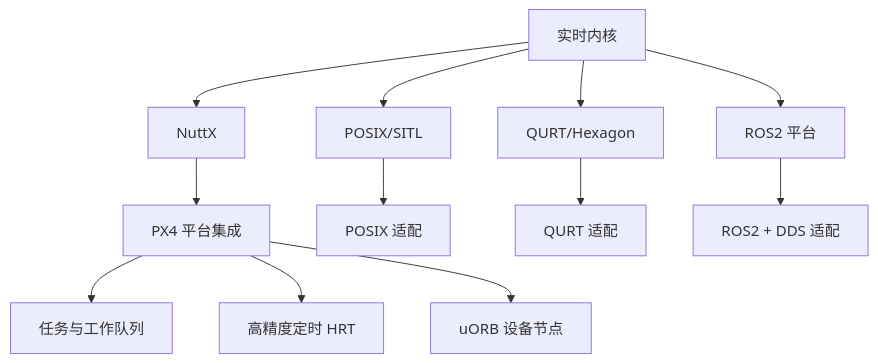
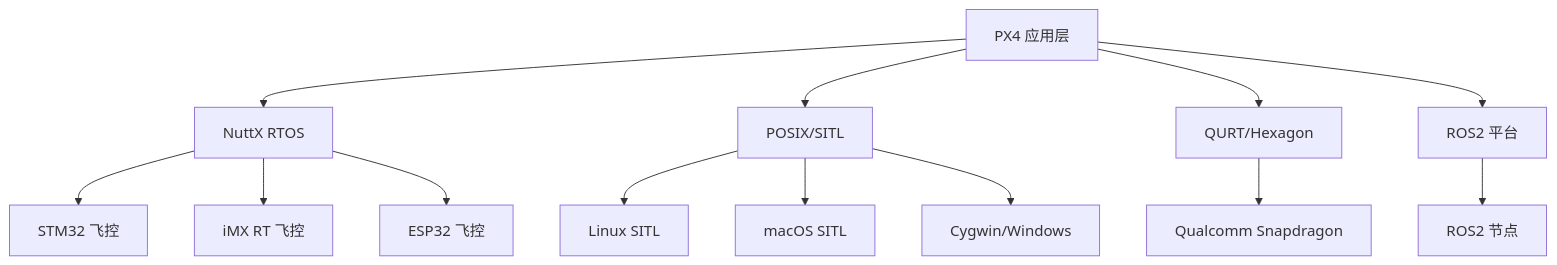
Before and after one commit to billsoft/PX4-Autopilot: the first of 2 diagrams in .trae/documents/rtos/index.md, drawn with Mermaid. The commit also changed other lines of this file and 7 other files, not shown here.

````diff
--- a/.trae/documents/rtos/index.md
+++ b/.trae/documents/rtos/index.md
@@ -5,14 +30,19 @@
 ```mermaid
 flowchart TB
-  RT[实时内核] --> N[NuttX]
+  RT[PX4 应用层] --> N[NuttX RTOS]
   RT --> P[POSIX/SITL]
   RT --> Q[QURT/Hexagon]
   RT --> R[ROS2 平台]
-  N --> NI[PX4 平台集成]
-  NI --> T[任务与工作队列]
-  NI --> H[高精度定时 HRT]
-  NI --> U[uORB 设备节点]
-  P --> PI[POSIX 适配]
-  Q --> QI[QURT 适配]
-  R --> RI[ROS2 + DDS 适配]
+
+  N --> N1[STM32 飞控]
+  N --> N2[iMX RT 飞控]
+  N --> N3[ESP32 飞控]
+
+  P --> P1[Linux SITL]
+  P --> P2[macOS SITL]
+  P --> P3[Cygwin/Windows]
+
+  Q --> Q1[Qualcomm Snapdragon]
+
+  R --> R1[ROS2 节点]
 ```
````
